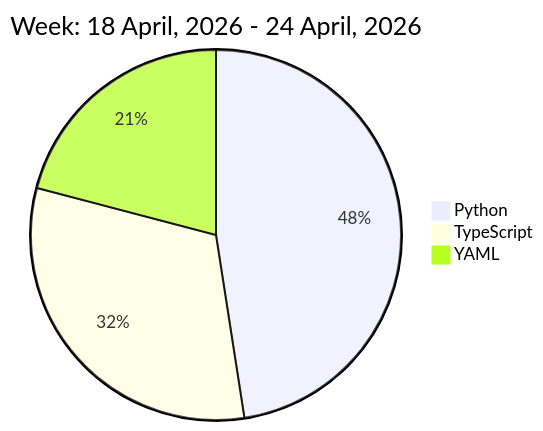
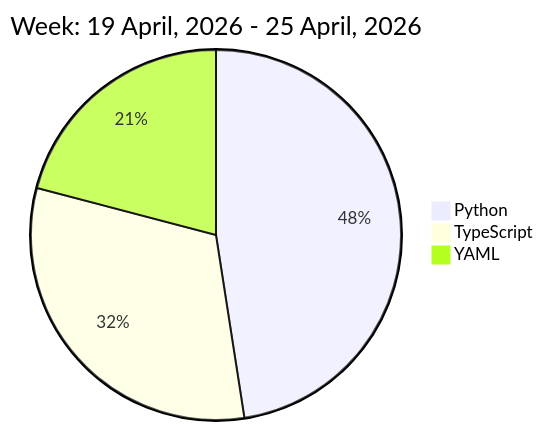
Before and after one commit to liubin95/liubin95: the diagram in README.md, drawn with Mermaid.

Commit message:
Updated the Graph with new Metrics

````diff
--- a/README.md
+++ b/README.md
@@ -32,7 +32,7 @@
 ```mermaid
  pie
-title Week: 18 April, 2026 - 24 April, 2026
+title Week: 19 April, 2026 - 25 April, 2026
  "Python" : 5.23
  "TypeScript" : 3.47
  "YAML" : 2.3
 ```
````
